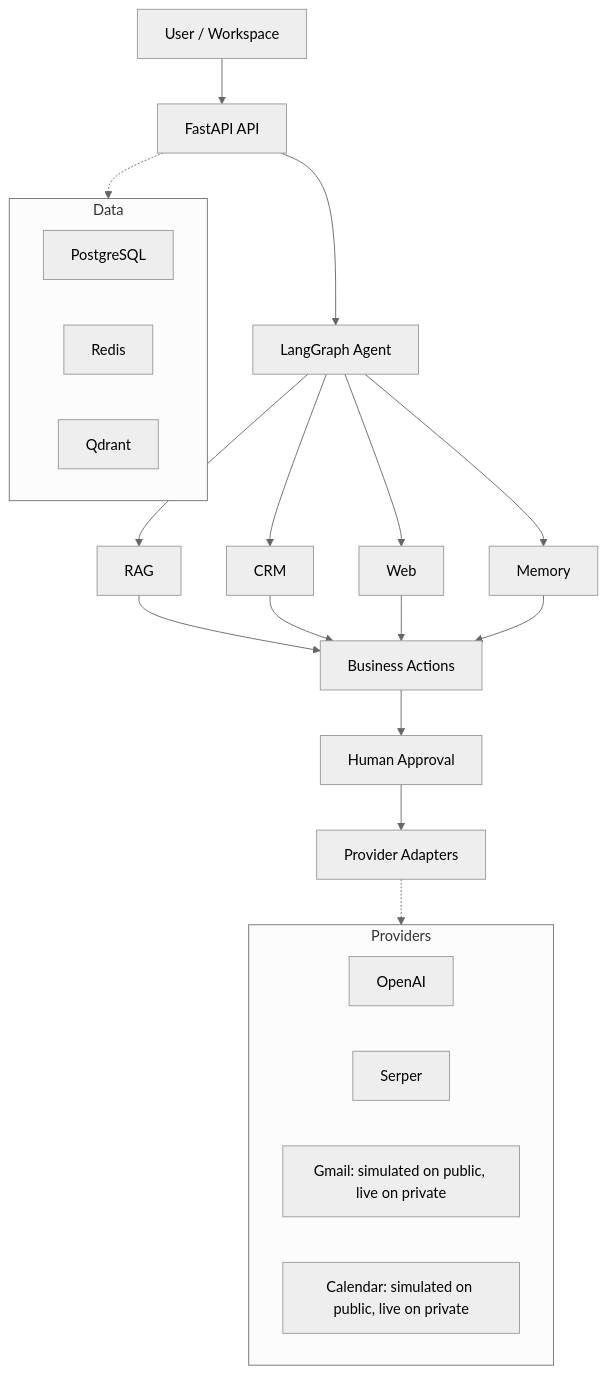
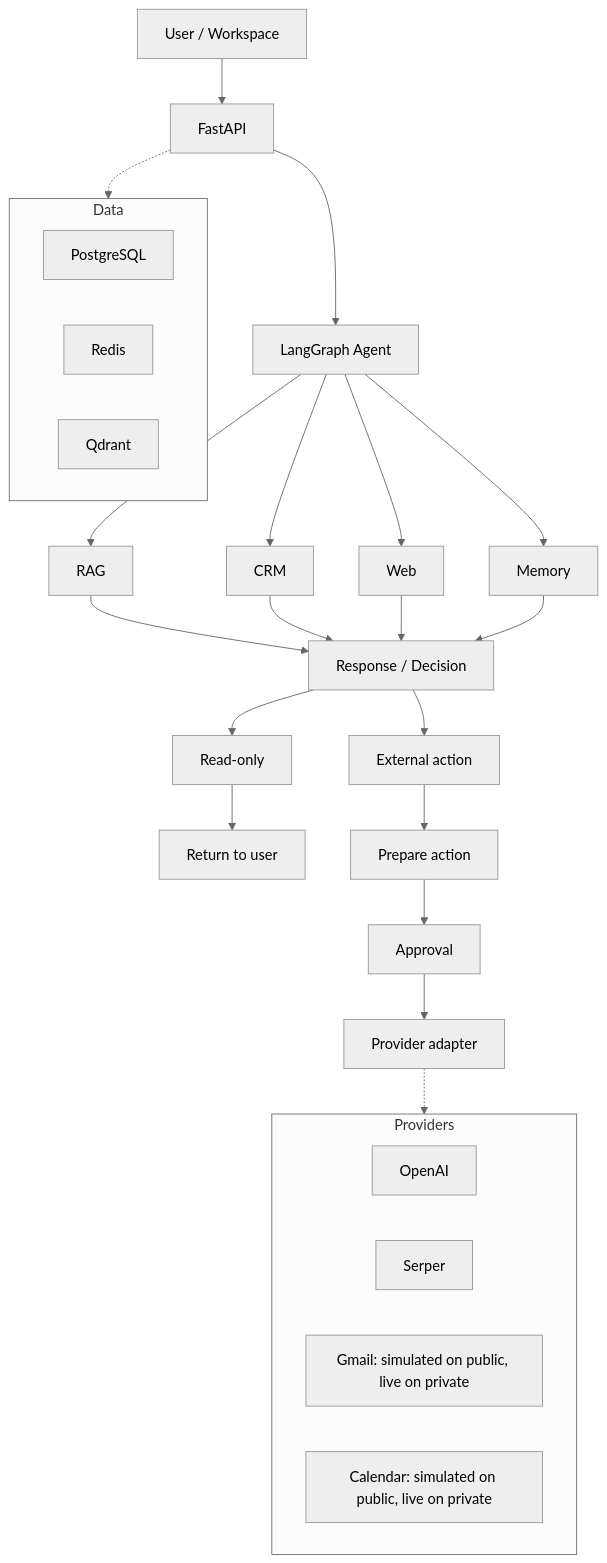
The second of 3 diagrams in README.md (Fejjii/OnePilot-AI), drawn with Mermaid (neutral theme) before and after one commit. The commit also changed other lines of this file and 2 other files, not shown here.

Commit message:
docs: show read-only vs approval-gated paths in architecture diagrams
Split high-level README and recruiter architecture diagrams so RAG, CRM,
web, and memory reads return without HITL. Approval is only shown when
an external side effect is prepared.

````diff
--- a/README.md
+++ b/README.md
@@ -133,34 +138,39 @@
 ```mermaid
 flowchart TB
-    User["User / Workspace"] --> API["FastAPI API"]
+    User["User / Workspace"] --> API["FastAPI"]
     API --> Agent["LangGraph Agent"]
 
     Agent --> RAG["RAG"]
     Agent --> CRM["CRM"]
     Agent --> Web["Web"]
     Agent --> Mem["Memory"]
 
-    RAG --> Actions["Business Actions"]
-    CRM --> Actions
-    Web --> Actions
-    Mem --> Actions
+    RAG --> Decide["Response / Decision"]
+    CRM --> Decide
+    Web --> Decide
+    Mem --> Decide
 
-    Actions --> HITL["Human Approval"]
-    HITL --> Adapters["Provider Adapters"]
+    Decide --> Read["Read-only"]
+    Decide --> Ext["External action"]
+
+    Read --> Return["Return to user"]
+    Ext --> Prep["Prepare action"]
+    Prep --> HITL["Approval"]
+    HITL --> Adapter["Provider adapter"]
 
     subgraph Data["Data"]
         PG["PostgreSQL"]
         RD["Redis"]
         QD["Qdrant"]
     end
 
     subgraph Providers["Providers"]
         OA["OpenAI"]
         SP["Serper"]
         GM["Gmail: simulated on public, live on private"]
         GC["Calendar: simulated on public, live on private"]
     end
 
     API -.-> Data
-    Adapters -.-> Providers
+    Adapter -.-> Providers
 ```
````
